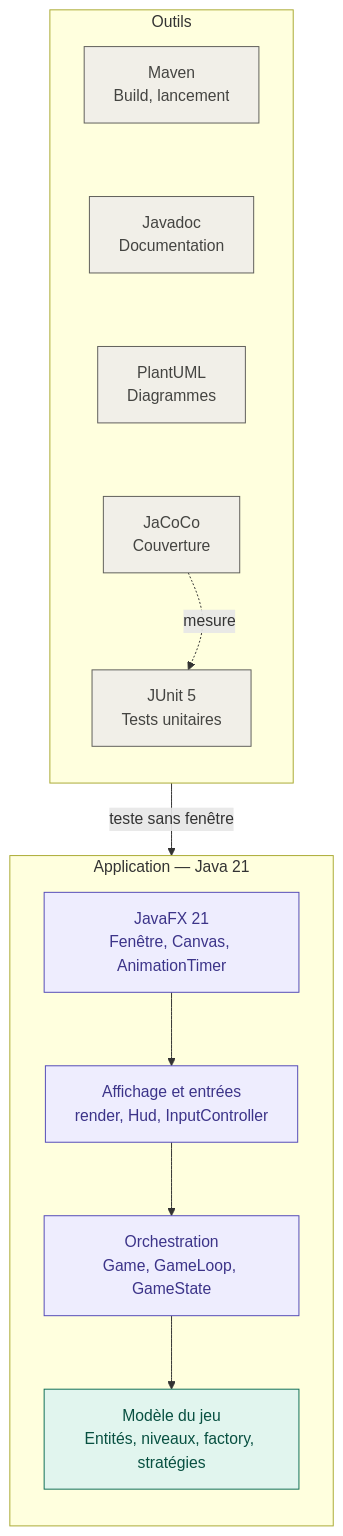
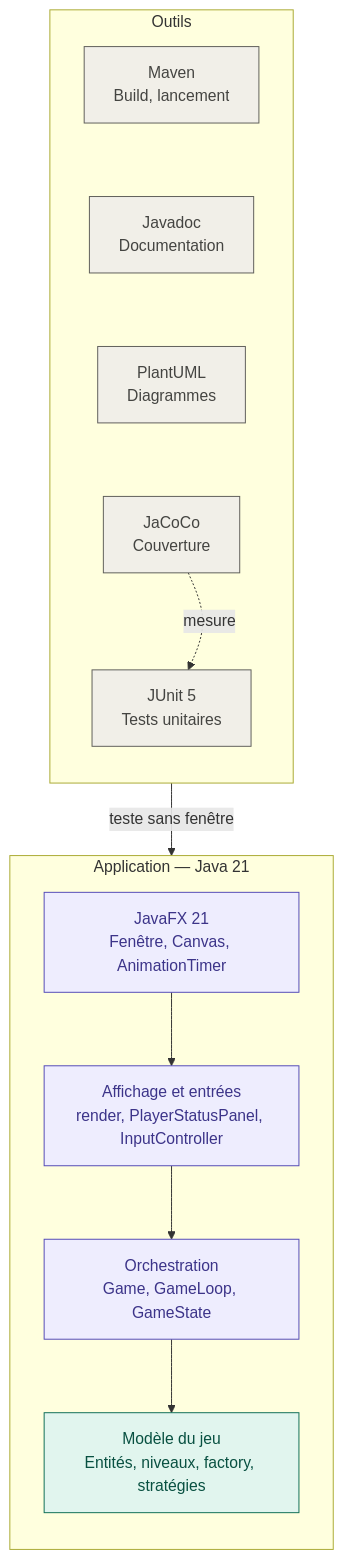
One commit to MeghCH/2d-Game-Natural-Fatal-IA changed the diagram in Docs/Stack.md. Above: the diagram before and after it, drawn with Mermaid. The commit also changed other lines of this file and 11 other files, not shown here.

Commit message:
feat(player): add players, status panel and QWERTY support

````diff
--- a/Docs/Stack.md
+++ b/Docs/Stack.md
@@ -102,31 +102,31 @@
 ```mermaid
 flowchart TB
   subgraph APP["Application — Java 21"]
     direction TB
     FX["JavaFX 21<br/>Fenêtre, Canvas, AnimationTimer"]
-    VIEW["Affichage et entrées<br/>render, Hud, InputController"]
+    VIEW["Affichage et entrées<br/>render, PlayerStatusPanel, InputController"]
     ORCH["Orchestration<br/>Game, GameLoop, GameState"]
     MODEL["Modèle du jeu<br/>Entités, niveaux, factory, stratégies"]
     FX --> VIEW --> ORCH --> MODEL
   end
 
   subgraph TOOLS["Outils"]
     direction TB
     MAVEN["Maven<br/>Build, lancement"]
     JAVADOC["Javadoc<br/>Documentation"]
     PLANTUML["PlantUML<br/>Diagrammes"]
     JACOCO["JaCoCo<br/>Couverture"]
     JUNIT["JUnit 5<br/>Tests unitaires"]
     MAVEN ~~~ JAVADOC ~~~ PLANTUML ~~~ JACOCO ~~~ JUNIT
   end
 
   JUNIT -- "teste sans fenêtre" --> MODEL
   JACOCO -. "mesure" .-> JUNIT
 
   classDef javafx fill:#EEEDFE,stroke:#534AB7,color:#3C3489
   classDef pure fill:#E1F5EE,stroke:#0F6E56,color:#085041
   classDef tool fill:#F1EFE8,stroke:#5F5E5A,color:#444441
   class FX,VIEW,ORCH javafx
   class MODEL pure
   class MAVEN,JAVADOC,PLANTUML,JACOCO,JUNIT tool
 ```
````
